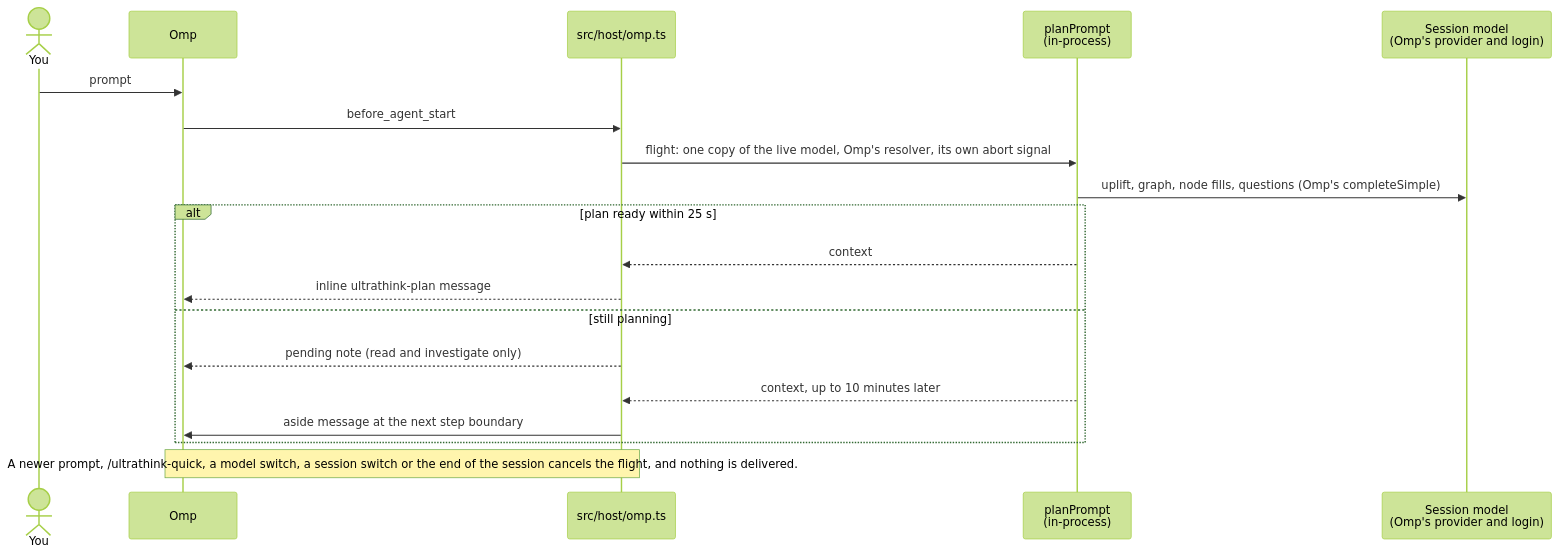
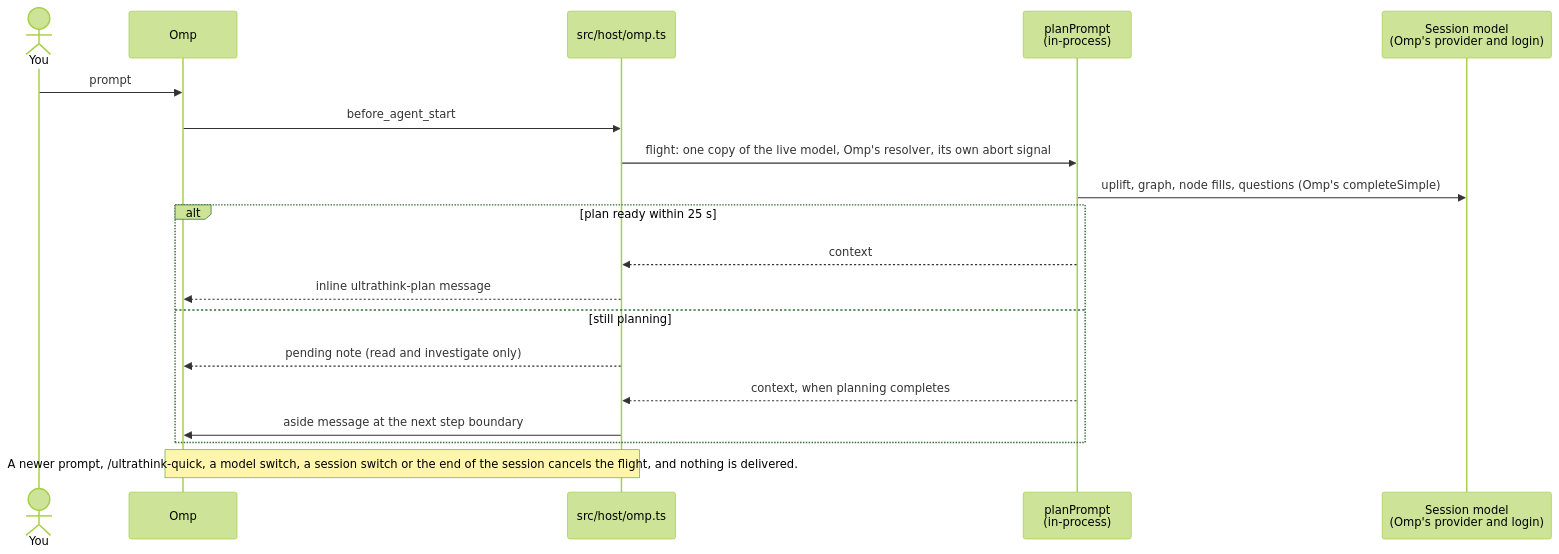
Before and after one commit to swcstudiospace/claude-ultrathink: the seventh of 9 diagrams in docs/architecture.md, drawn with Mermaid (forest theme). The commit also changed other lines of this file and 1 other file, not shown here.

Commit message:
docs(ultrathink): planning has no time limit; a plan needs the session open
The omp planner no longer has a 10-minute cap (909d90c), but the troubleshooting and architecture docs still stated it. Update them to the code.

A flight is cancelled at session shutdown and in print mode when the run exits, so plans attach only while the session stays open until the aside arrives. Say so where the lifetime is documented.

````diff
--- a/docs/architecture.md
+++ b/docs/architecture.md
@@ -291,21 +291,21 @@
 ```mermaid
 sequenceDiagram
     actor You
     participant O as Omp
     participant X as src/host/omp.ts
     participant P as planPrompt<br/>(in-process)
     participant M as Session model<br/>(Omp's provider and login)
     You->>O: prompt
     O->>X: before_agent_start
     X->>P: flight: one copy of the live model, Omp's resolver, its own abort signal
     P->>M: uplift, graph, node fills, questions (Omp's completeSimple)
     alt plan ready within 25 s
         P-->>X: context
         X-->>O: inline ultrathink-plan message
     else still planning
         X-->>O: pending note (read and investigate only)
-        P-->>X: context, up to 10 minutes later
+        P-->>X: context, when planning completes
         X->>O: aside message at the next step boundary
     end
     Note over O,X: A newer prompt, /ultrathink-quick, a model switch, a session switch or the end of the session cancels the flight, and nothing is delivered.
 ```
````
